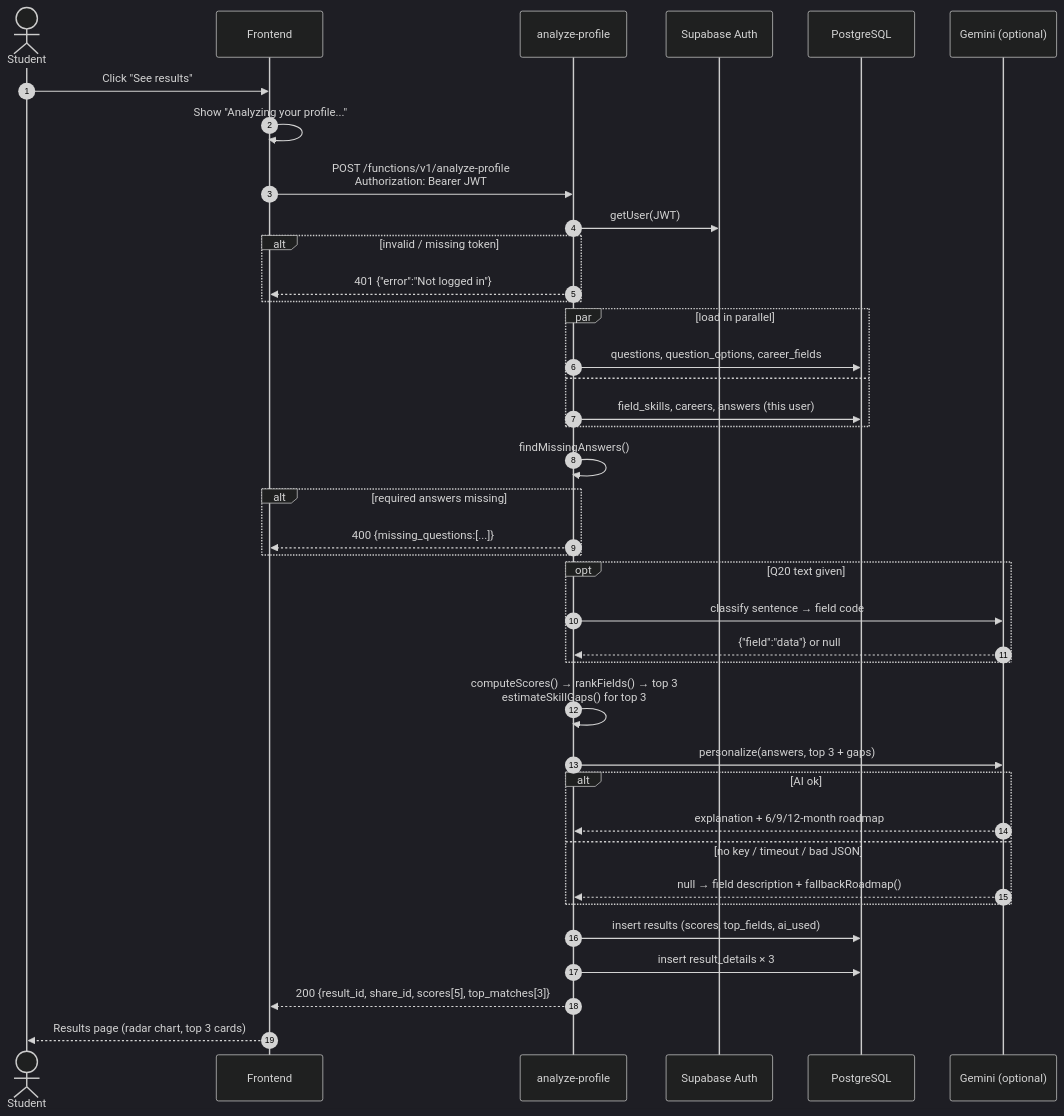
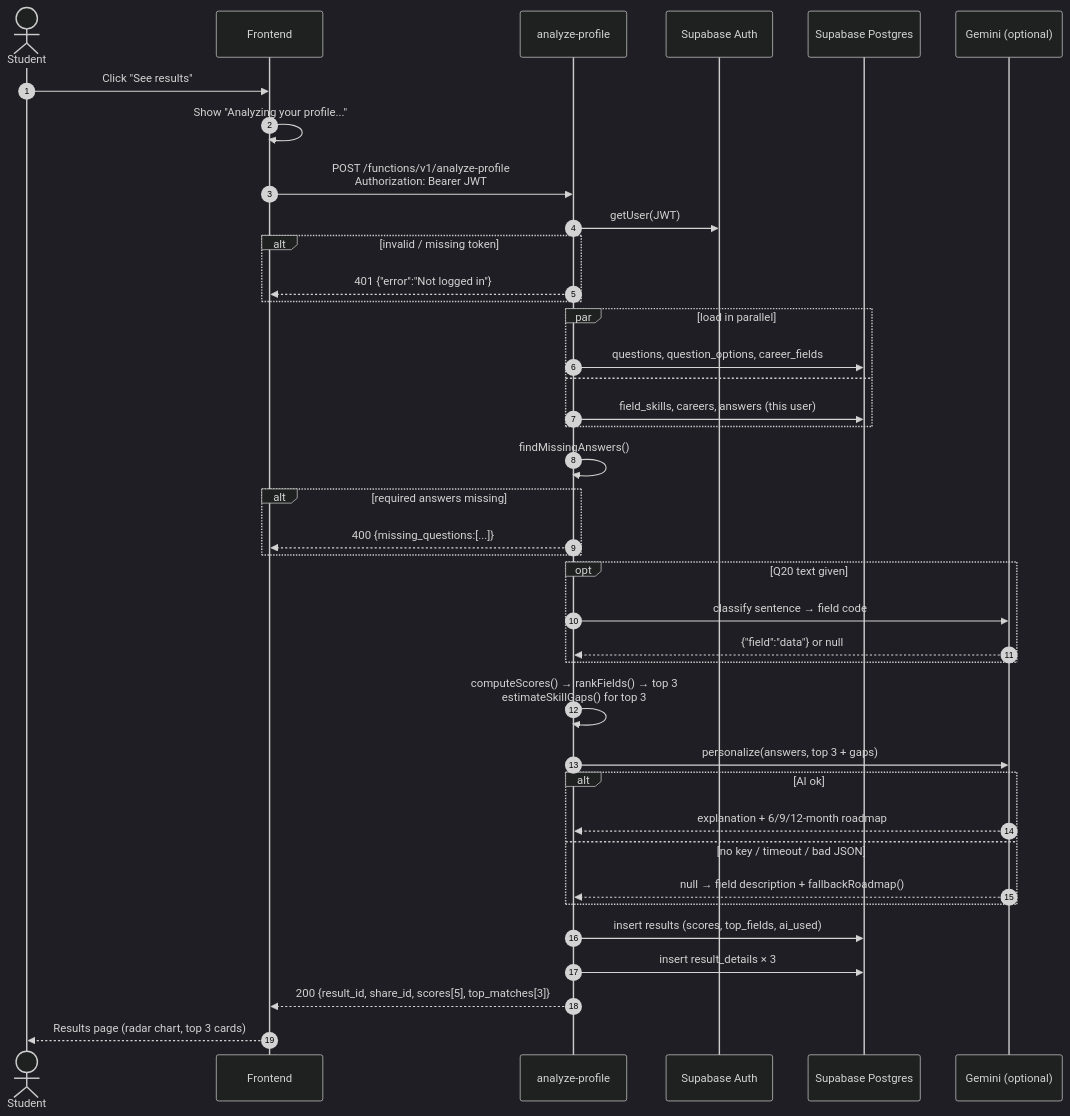
Before and after one commit to nooraldeny3-svg/pathfinder-backend: the fifth of 7 diagrams in docs/ARCHITECTURE.md, drawn with Mermaid (dark theme). The commit also changed other lines of this file and 12 other files, not shown here.

Commit message:
docs: architecture v1.1 - React + Supabase + Gemini

````diff
--- a/docs/ARCHITECTURE.md
+++ b/docs/ARCHITECTURE.md
@@ -541,42 +541,42 @@
 ```mermaid
 sequenceDiagram
     autonumber
     actor U as Student
     participant FE as Frontend
     participant EF as analyze-profile
     participant A as Supabase Auth
-    participant DB as PostgreSQL
+    participant DB as Supabase Postgres
     participant G as Gemini (optional)
 
     U->>FE: Click "See results"
     FE->>FE: Show "Analyzing your profile..."
     FE->>EF: POST /functions/v1/analyze-profile<br/>Authorization: Bearer JWT
     EF->>A: getUser(JWT)
     alt invalid / missing token
         EF-->>FE: 401 {"error":"Not logged in"}
     end
     par load in parallel
         EF->>DB: questions, question_options, career_fields
     and
         EF->>DB: field_skills, careers, answers (this user)
     end
     EF->>EF: findMissingAnswers()
     alt required answers missing
         EF-->>FE: 400 {missing_questions:[...]}
     end
     opt Q20 text given
         EF->>G: classify sentence → field code
         G-->>EF: {"field":"data"} or null
     end
     EF->>EF: computeScores() → rankFields() → top 3<br/>estimateSkillGaps() for top 3
     EF->>G: personalize(answers, top 3 + gaps)
     alt AI ok
         G-->>EF: explanation + 6/9/12-month roadmap
     else no key / timeout / bad JSON
         G-->>EF: null → field description + fallbackRoadmap()
     end
     EF->>DB: insert results (scores, top_fields, ai_used)
     EF->>DB: insert result_details × 3
     EF-->>FE: 200 {result_id, share_id, scores[5], top_matches[3]}
     FE-->>U: Results page (radar chart, top 3 cards)
 ```
````
